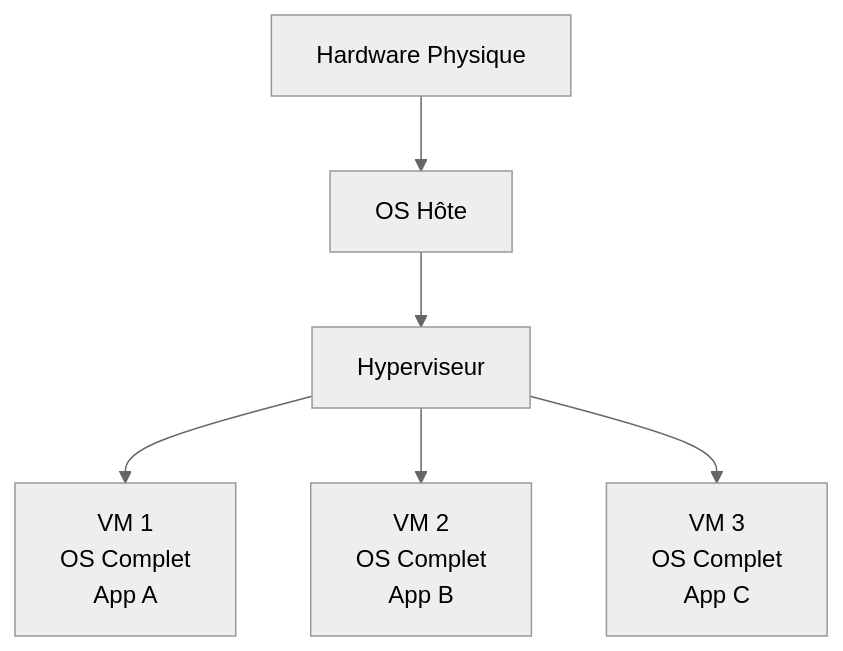
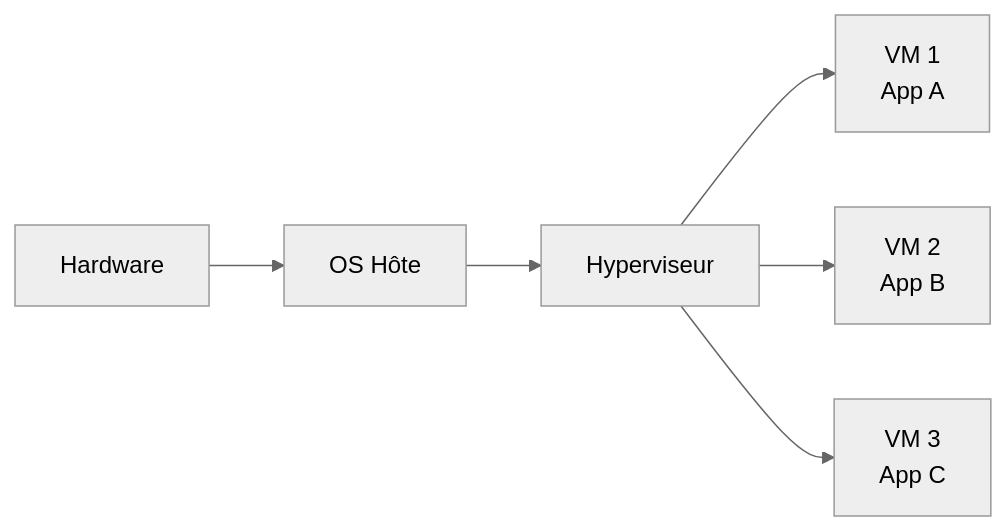
Before and after one commit to JSurquin/postfix: the first of 2 diagrams in pages/05-virtualisation.md, drawn with Mermaid (neutral theme). The commit also changed other lines of this file and 17 other files, not shown here.

````diff
--- a/pages/05-virtualisation.md
+++ b/pages/05-virtualisation.md
@@ -17,15 +25,15 @@
 ```mermaid
-graph TB
-    HW[Hardware Physique]
+graph LR
+    HW[Hardware]
     HOST[OS Hôte]
     HYP[Hyperviseur]
-    VM1[VM 1<br/>OS Complet<br/>App A]
-    VM2[VM 2<br/>OS Complet<br/>App B]
-    VM3[VM 3<br/>OS Complet<br/>App C]
-    
+    VM1[VM 1<br/>App A]
+    VM2[VM 2<br/>App B]
+    VM3[VM 3<br/>App C]
+
     HW --> HOST
     HOST --> HYP
     HYP --> VM1
     HYP --> VM2
     HYP --> VM3
 ```
````
